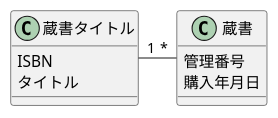
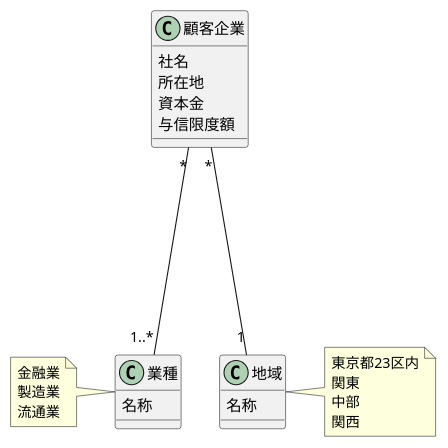
The diagram in ch04/sample.puml (yinm/uml-modeling-lesson), drawn with PlantUML before and after one commit.

Commit message:
Add lesson11

```diff
--- a/ch04/sample.puml
+++ b/ch04/sample.puml
@@ -1,15 +1,23 @@
 @startuml
 
-class 蔵書タイトル {
-  ISBN
-  タイトル
+class 顧客企業 {
+  社名
+  所在地
+  資本金
+  与信限度額
 }
 
-class 蔵書 {
-  管理番号
-  購入年月日
+class 業種 {
+  名称
 }
+note left: 金融業\n製造業\n流通業
 
-蔵書タイトル "1"--right--"*" 蔵書
+class 地域 {
+  名称
+}
+note right: 東京都23区内\n関東\n中部\n関西
+
+顧客企業 "*"----"1..*" 業種
+顧客企業 "*"----"1" 地域
 
 @enduml
```
